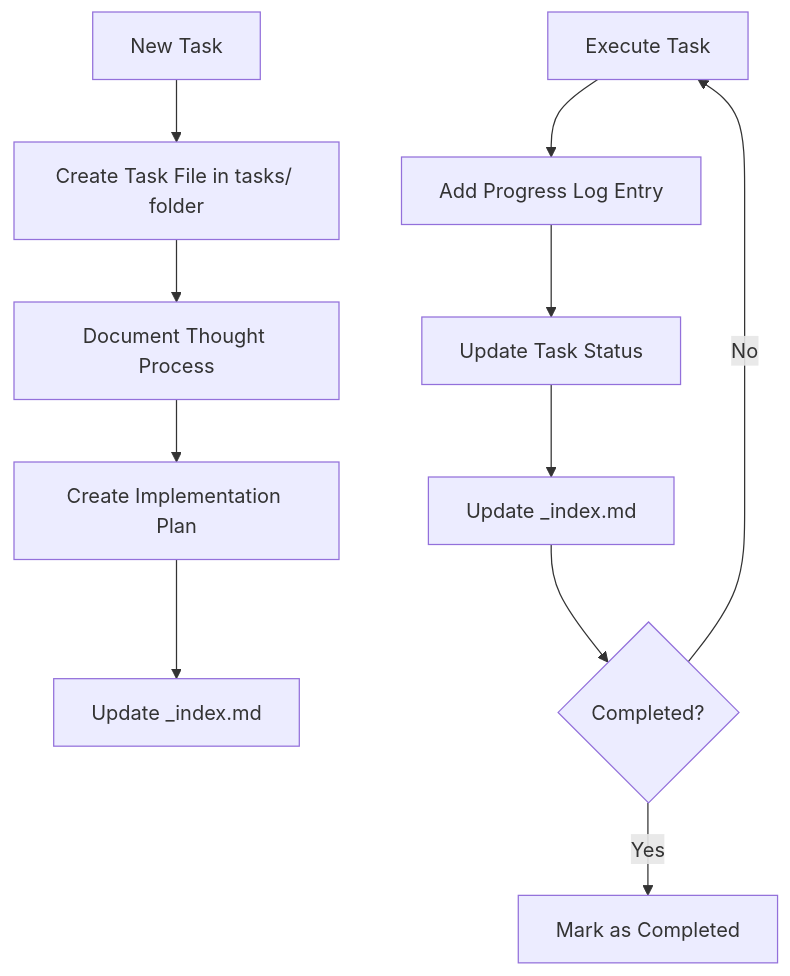
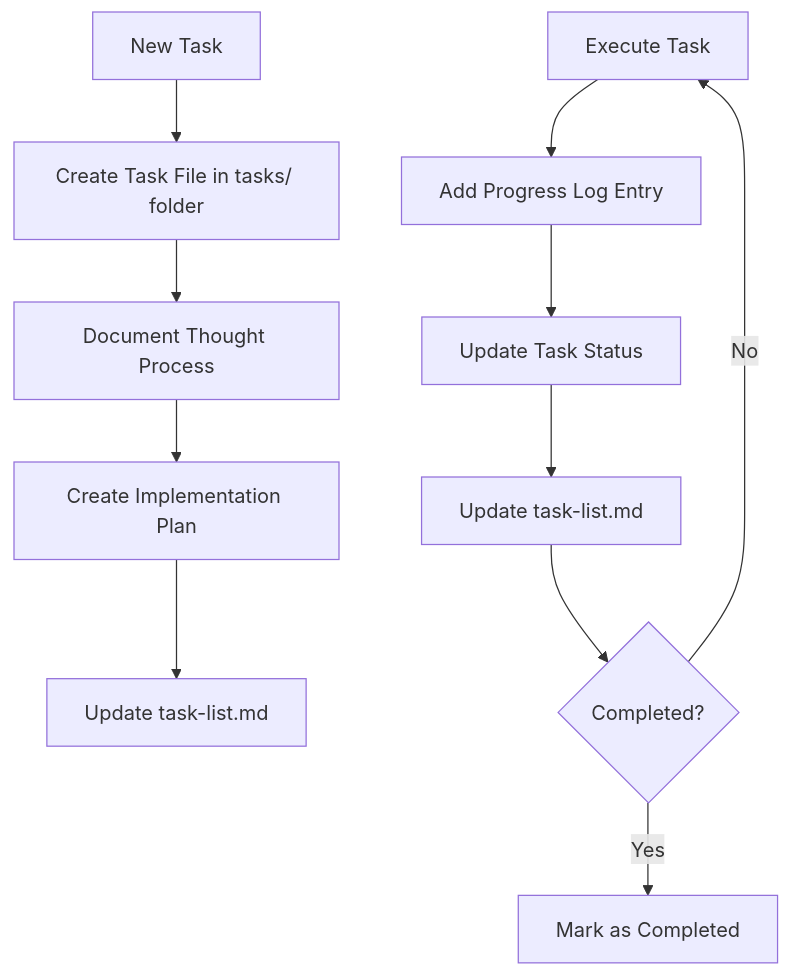
The fourth of 6 diagrams in .github/instructions/memory-bank.instructions.md (anhhai680/knowledge-graph-agent), drawn with Mermaid before and after one commit. The commit also changed other lines of this file and 8 other files, not shown here.

First line of the commit message:
feat: Initialize memory bank for Knowledge Graph Agent project

````diff
--- a/.github/instructions/memory-bank.instructions.md
+++ b/.github/instructions/memory-bank.instructions.md
@@ -106,14 +106,14 @@
 ```mermaid
 flowchart TD
     Start[New Task] --> NewFile[Create Task File in tasks/ folder]
     NewFile --> Think[Document Thought Process]
     Think --> Plan[Create Implementation Plan]
-    Plan --> Index[Update _index.md]
+    Plan --> Index[Update task-list.md]
     
     Execute[Execute Task] --> Update[Add Progress Log Entry]
     Update --> StatusChange[Update Task Status]
-    StatusChange --> IndexUpdate[Update _index.md]
+    StatusChange --> IndexUpdate[Update task-list.md]
     IndexUpdate --> Complete{Completed?}
     Complete -->|Yes| Archive[Mark as Completed]
     Complete -->|No| Execute
 ```
````
